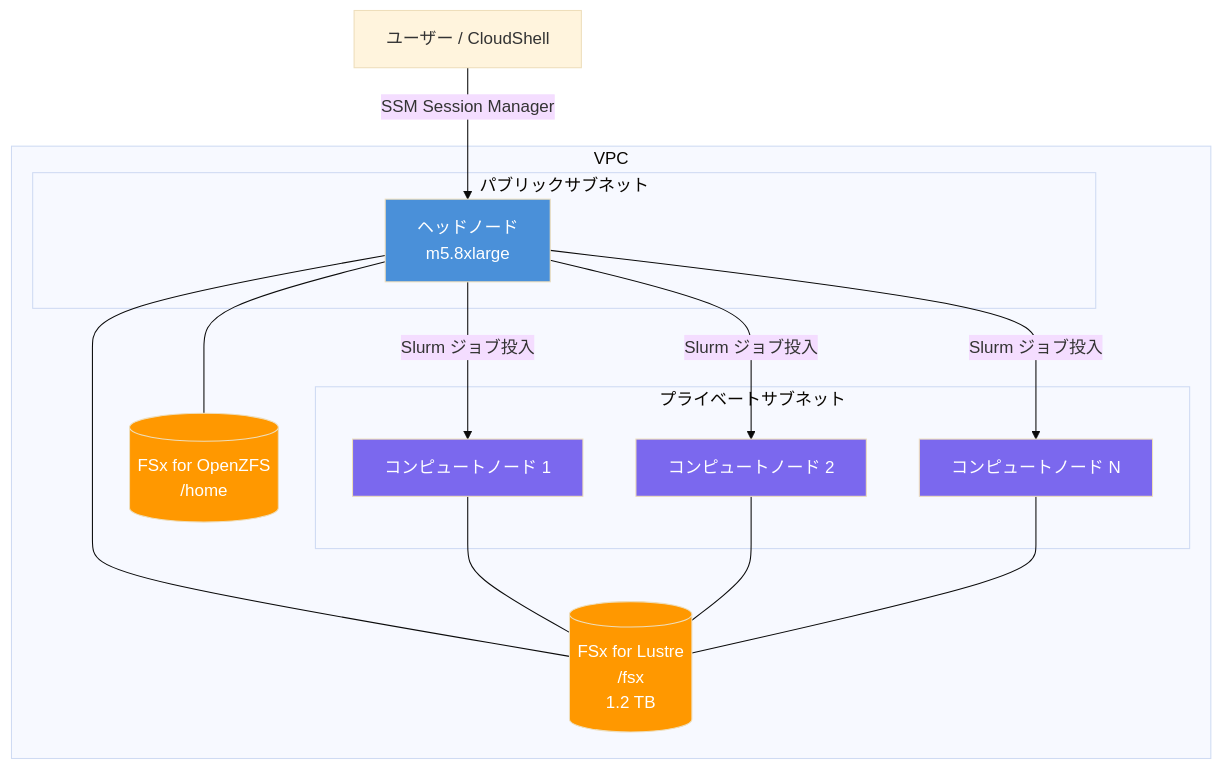
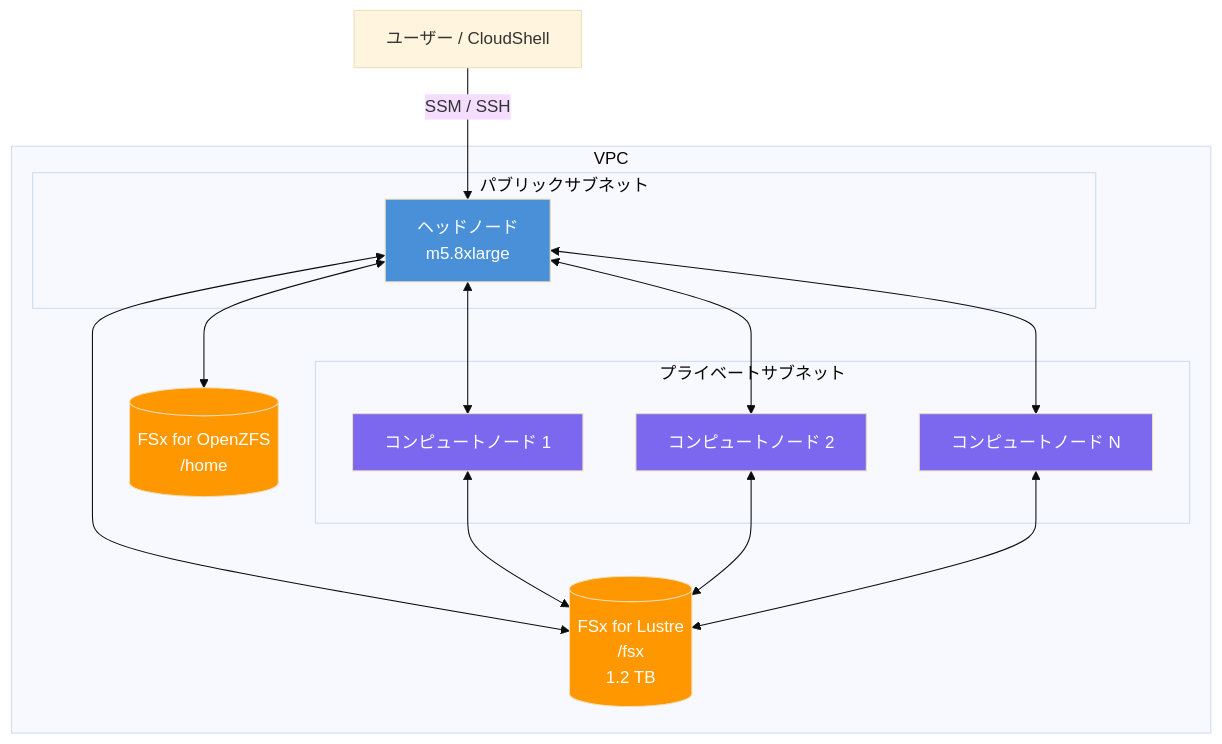
One commit to littlemex/zenn changed the diagram in books/aws-parallelcluster-workshop/00-overview.md. Above: the diagram before and after it, drawn with Mermaid (base theme). The commit also changed other lines of this file and 4 other files, not shown here.

````diff
--- a/books/aws-parallelcluster-workshop/00-overview.md
+++ b/books/aws-parallelcluster-workshop/00-overview.md
@@ -59,31 +56,31 @@
 ```mermaid
 graph TB
     subgraph VPC["VPC"]
         subgraph Public["パブリックサブネット"]
             HN[ヘッドノード<br>m5.8xlarge]
         end
         subgraph Private["プライベートサブネット"]
             CN1[コンピュートノード 1]
             CN2[コンピュートノード 2]
             CN3[コンピュートノード N]
         end
         FSxL[(FSx for Lustre<br>/fsx<br>1.2 TB)]
         FSxZ[(FSx for OpenZFS<br>/home)]
     end
-    User[ユーザー / CloudShell] -->|SSM Session Manager| HN
-    HN -->|Slurm ジョブ投入| CN1
-    HN -->|Slurm ジョブ投入| CN2
-    HN -->|Slurm ジョブ投入| CN3
-    HN --- FSxL
-    CN1 --- FSxL
-    CN2 --- FSxL
-    CN3 --- FSxL
-    HN --- FSxZ
+    User[ユーザー / CloudShell] -->|SSM / SSH| HN
+    HN <-->CN1
+    HN <-->CN2
+    HN <-->CN3
+    HN <--> FSxL
+    CN1 <--> FSxL
+    CN2 <--> FSxL
+    CN3 <--> FSxL
+    HN <--> FSxZ
 
     style HN fill:#4a90d9,color:#fff
     style CN1 fill:#7b68ee,color:#fff
     style CN2 fill:#7b68ee,color:#fff
     style CN3 fill:#7b68ee,color:#fff
     style FSxL fill:#ff9800,color:#fff
     style FSxZ fill:#ff9800,color:#fff
 ```
````
